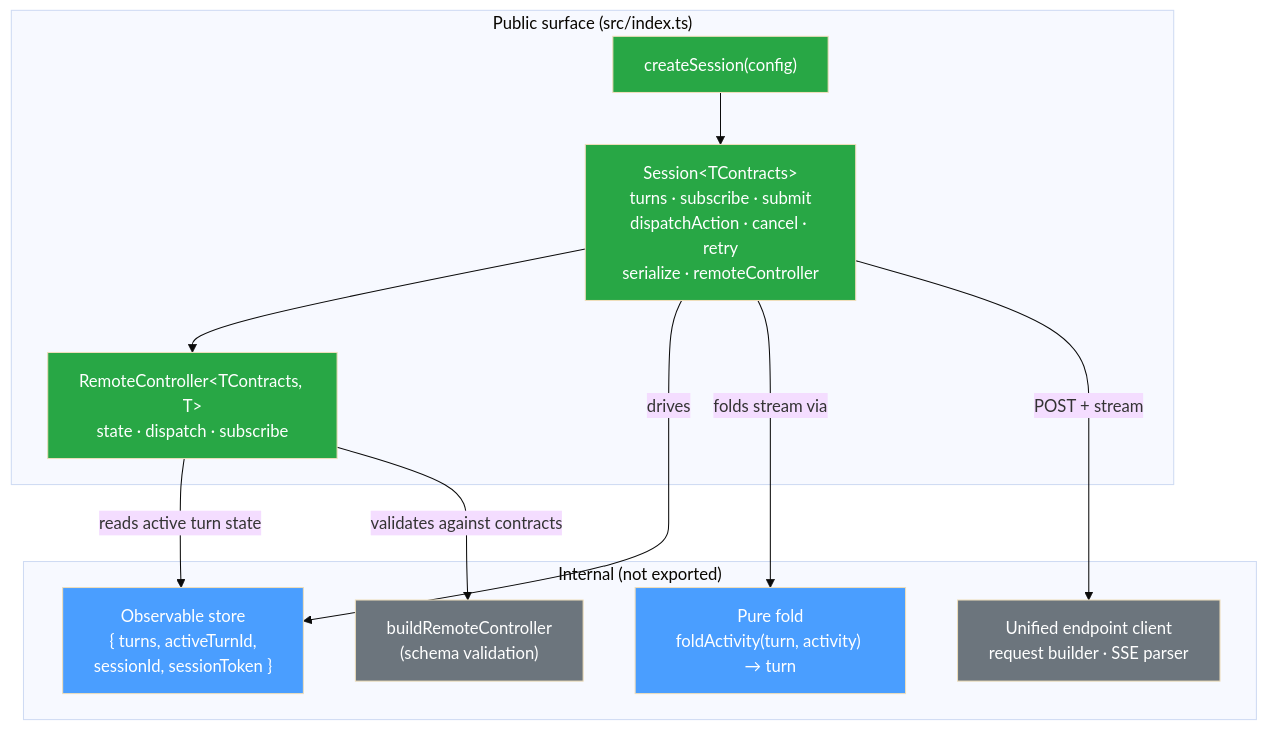
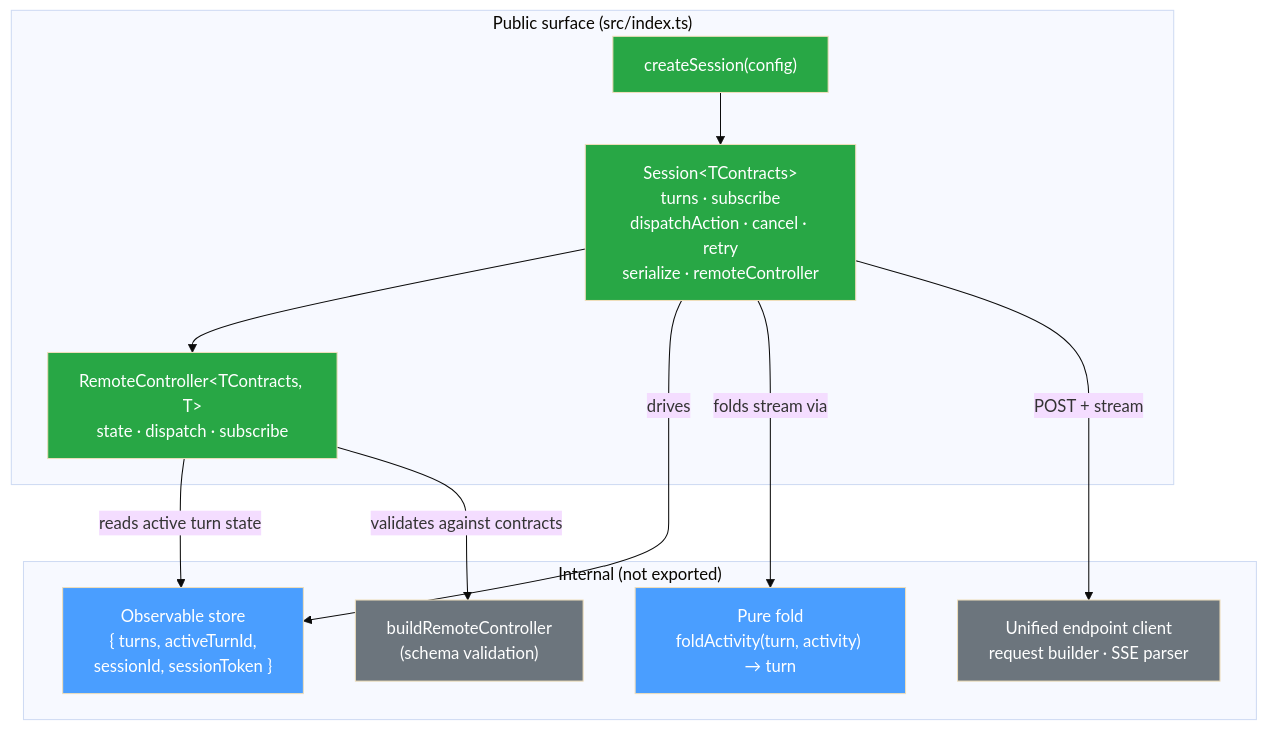
Before and after one commit to coveo/ui-kit: the first of 2 diagrams in packages/thermidor/docs/architecture.md, drawn with Mermaid (base theme). The commit also changed other lines of this file and 8 other files, not shown here.

First line of the commit message:
feat(thermidor)!: remove Session.submit() j:KIT-6204

````diff
--- a/packages/thermidor/docs/architecture.md
+++ b/packages/thermidor/docs/architecture.md
@@ -17,31 +17,31 @@
 ```mermaid
 graph TB
     subgraph "Public surface (src/index.ts)"
         CS["createSession(config)"]
-        SESSION["Session&lt;TContracts&gt;<br/>turns · subscribe · submit<br/>dispatchAction · cancel · retry<br/>serialize · remoteController"]
+        SESSION["Session&lt;TContracts&gt;<br/>turns · subscribe<br/>dispatchAction · cancel · retry<br/>serialize · remoteController"]
         RC["RemoteController&lt;TContracts, T&gt;<br/>state · dispatch · subscribe"]
     end
 
     subgraph "Internal (not exported)"
         STORE["Observable store<br/>{ turns, activeTurnId,<br/>sessionId, sessionToken }"]
         FOLD["Pure fold<br/>foldActivity(turn, activity) → turn"]
         API["Unified endpoint client<br/>request builder · SSE parser"]
         BRC["buildRemoteController<br/>(schema validation)"]
     end
 
     CS --> SESSION
     SESSION --> RC
     SESSION -->|drives| STORE
     SESSION -->|folds stream via| FOLD
     SESSION -->|POST + stream| API
     RC -->|reads active turn state| STORE
     RC -->|validates against contracts| BRC
 
     style CS fill:#28a745,color:#fff
     style SESSION fill:#28a745,color:#fff
     style RC fill:#28a745,color:#fff
     style STORE fill:#4a9eff,color:#fff
     style FOLD fill:#4a9eff,color:#fff
     style API fill:#6c757d,color:#fff
     style BRC fill:#6c757d,color:#fff
 ```
````
